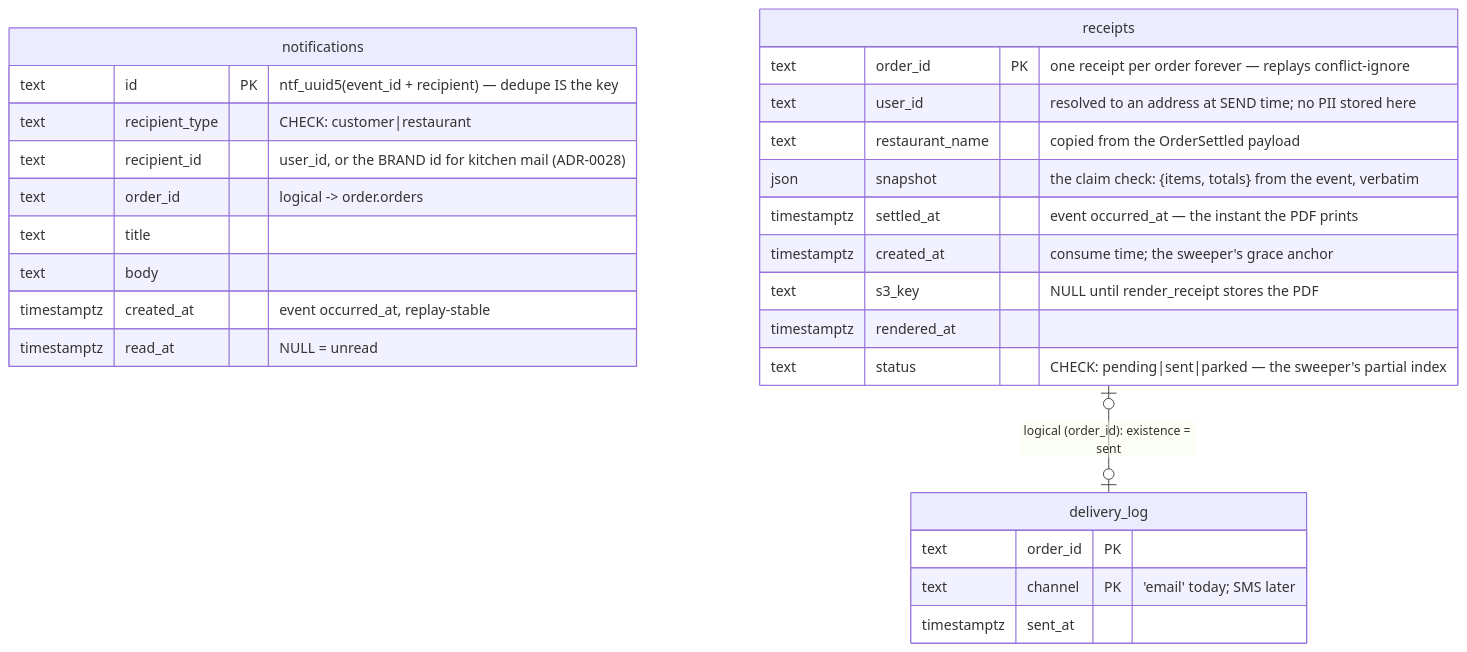
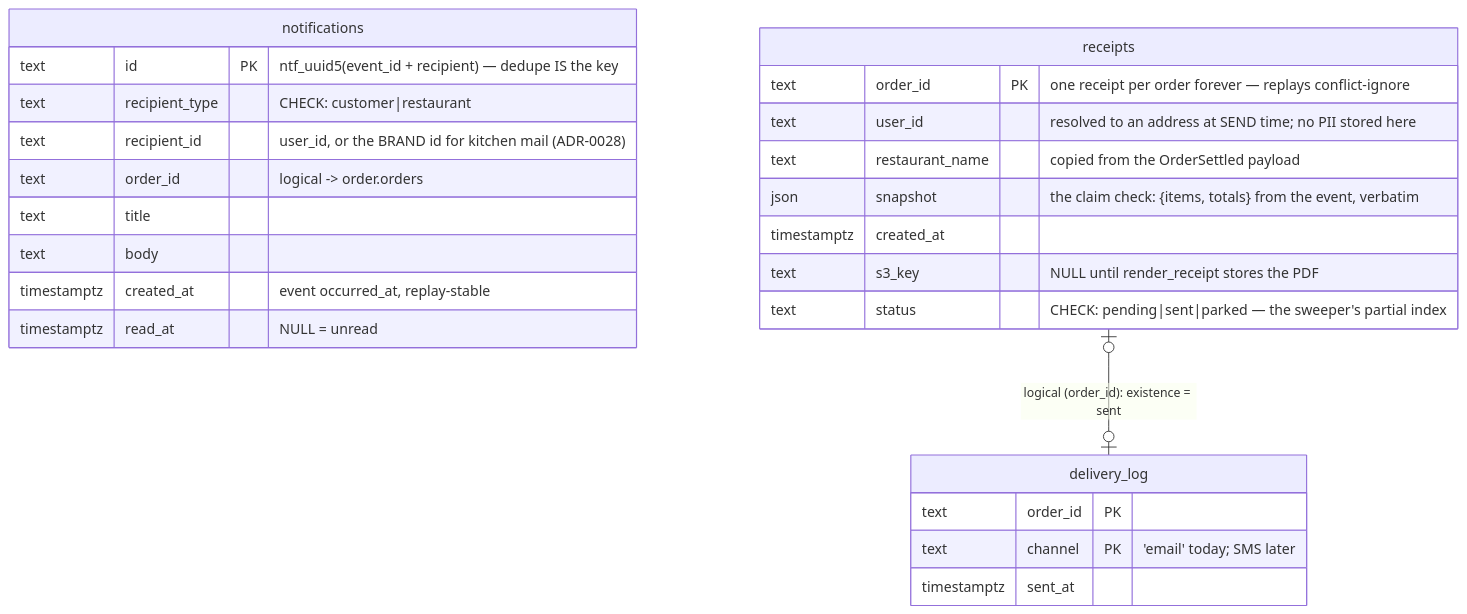
The sixth of 7 diagrams in docs/erd.md (Aizazahmed-7/SmartFoodOps), drawn with Mermaid before and after one commit.

Commit message:
update recepits

````diff
--- a/docs/erd.md
+++ b/docs/erd.md
@@ -433,30 +433,28 @@
 ```mermaid
 erDiagram
     notifications {
         text id PK "ntf_uuid5(event_id + recipient) — dedupe IS the key"
         text recipient_type "CHECK: customer|restaurant"
         text recipient_id "user_id, or the BRAND id for kitchen mail (ADR-0028)"
         text order_id "logical -> order.orders"
         text title
         text body
         timestamptz created_at "event occurred_at, replay-stable"
         timestamptz read_at "NULL = unread"
     }
     receipts {
         text order_id PK "one receipt per order forever — replays conflict-ignore"
         text user_id "resolved to an address at SEND time; no PII stored here"
         text restaurant_name "copied from the OrderSettled payload"
         json snapshot "the claim check: {items, totals} from the event, verbatim"
-        timestamptz settled_at "event occurred_at — the instant the PDF prints"
-        timestamptz created_at "consume time; the sweeper's grace anchor"
+        timestamptz created_at
         text s3_key "NULL until render_receipt stores the PDF"
-        timestamptz rendered_at
         text status "CHECK: pending|sent|parked — the sweeper's partial index"
     }
     delivery_log {
         text order_id PK
         text channel PK "'email' today; SMS later"
         timestamptz sent_at
     }
     receipts |o--o| delivery_log : "logical (order_id): existence = sent"
 ```
````
